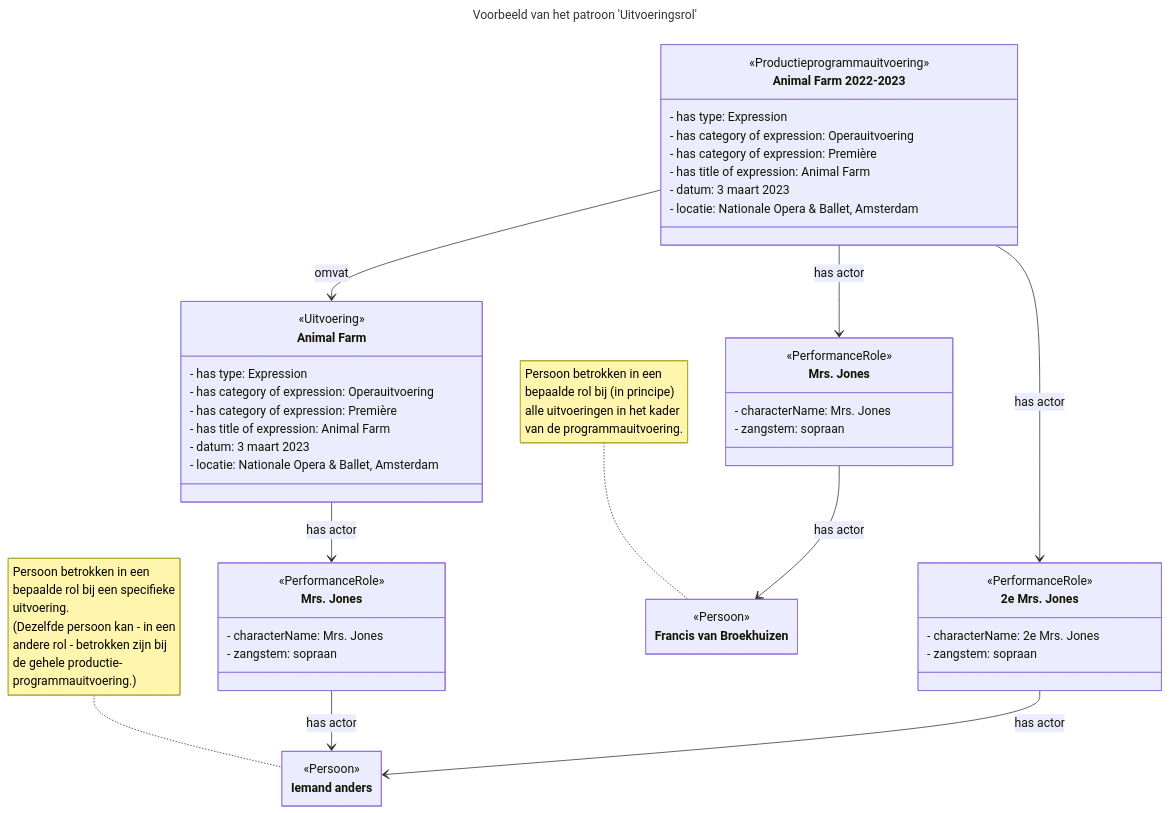
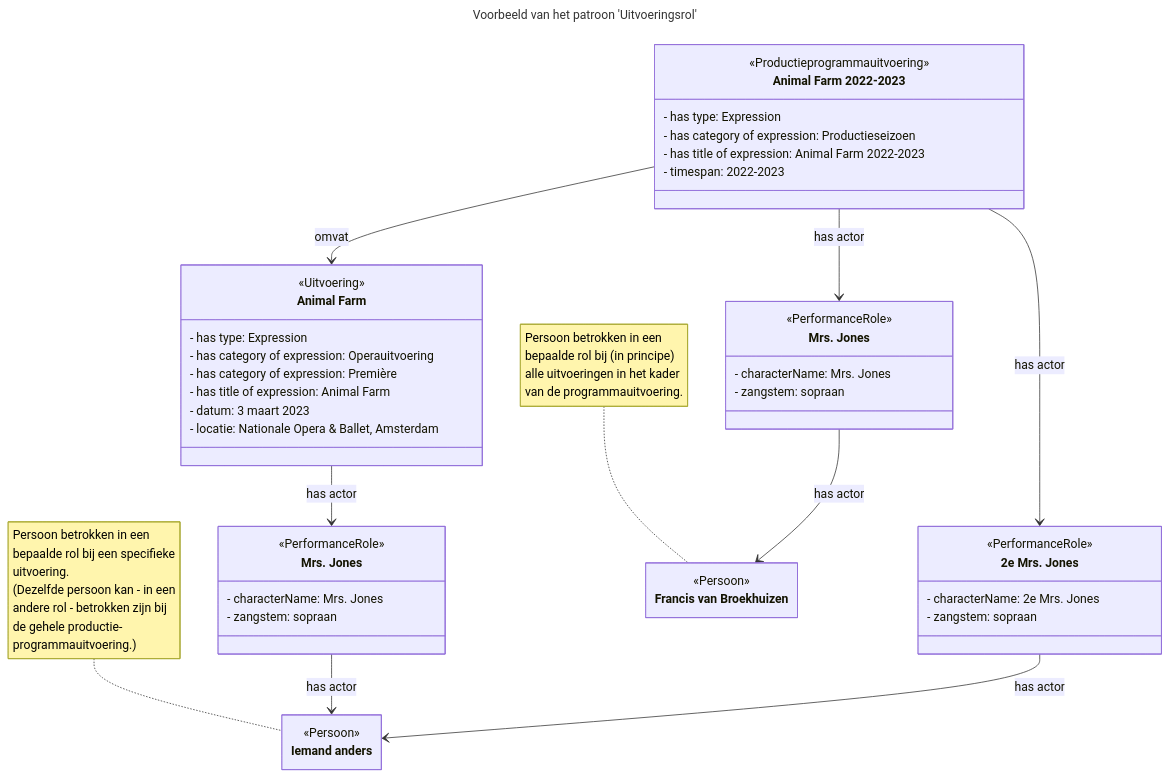
Before and after one commit to PodiumkunstNet/semantischlandschap: the second of 2 diagrams in patronen/Uitvoeringsrol.md, drawn with Mermaid.

Commit message:
FIX attributen productieseizoen

````diff
--- a/patronen/Uitvoeringsrol.md
+++ b/patronen/Uitvoeringsrol.md
@@ -46,71 +46,69 @@
 ```mermaid
 ---
 title: Voorbeeld van het patroon 'Uitvoeringsrol'
 config:
  class:
   hideEmptyMembersBox: true
 ---
 classDiagram
 	direction TD
 	class Productieprogrammauitvoering["Animal Farm 2022-2023"] {
 		<<Productieprogrammauitvoering>>		
 		- has type: Expression
-		- has category of expression: Operauitvoering
-		- has category of expression: Première
-		- has title of expression: Animal Farm
-		- datum: 3 maart 2023
-		- locatie: Nationale Opera & Ballet, Amsterdam
+		- has category of expression: Productieseizoen
+		- has title of expression: Animal Farm 2022-2023
+		- timespan: 2022-2023
 	}
 	class Uitvoering["Animal Farm"] {
 		<<Uitvoering>>		
 		- has type: Expression
 		- has category of expression: Operauitvoering
 		- has category of expression: Première
 		- has title of expression: Animal Farm
 		- datum: 3 maart 2023
 		- locatie: Nationale Opera & Ballet, Amsterdam
 	}
 	class PerformanceRole["Mrs. Jones"] {
 		<<PerformanceRole>>
 		- characterName: Mrs. Jones
 		- zangstem: sopraan  
 	}
 	class PerformanceRole2["Mrs. Jones"] {
 		<<PerformanceRole>>
 		- characterName: Mrs. Jones
 		- zangstem: sopraan  
 	}
 	class PerformanceRole3["2e Mrs. Jones"] {
 		<<PerformanceRole>>
 		- characterName: 2e Mrs. Jones
 		- zangstem: sopraan  
 	}
 	class Persoon["Francis van Broekhuizen"] {
 		<<Persoon>>
 	}
 	class Persoon2["Iemand anders"] {
 		<<Persoon>>
 	}
 	
 	Productieprogrammauitvoering --> Uitvoering: omvat
 	Productieprogrammauitvoering --> PerformanceRole: has actor
 	PerformanceRole --> Persoon: has actor
 	Uitvoering --> PerformanceRole2: has actor
 	PerformanceRole2 --> Persoon2: has actor
 	Productieprogrammauitvoering --> PerformanceRole3: has actor
 	PerformanceRole3 --> Persoon2: has actor
 	
 	note for Persoon "Persoon betrokken in een 
 					bepaalde rol bij (in principe) 
 					alle uitvoeringen in het kader 
 					van de programmauitvoering."
 	
 	note for Persoon2 "Persoon betrokken in een 
 						bepaalde rol bij een specifieke
 						uitvoering. 
 						(Dezelfde persoon kan - in een 
 						andere rol - betrokken zijn bij 
 						de gehele productie- 
 						programmauitvoering.)" 
 
 ```
````
